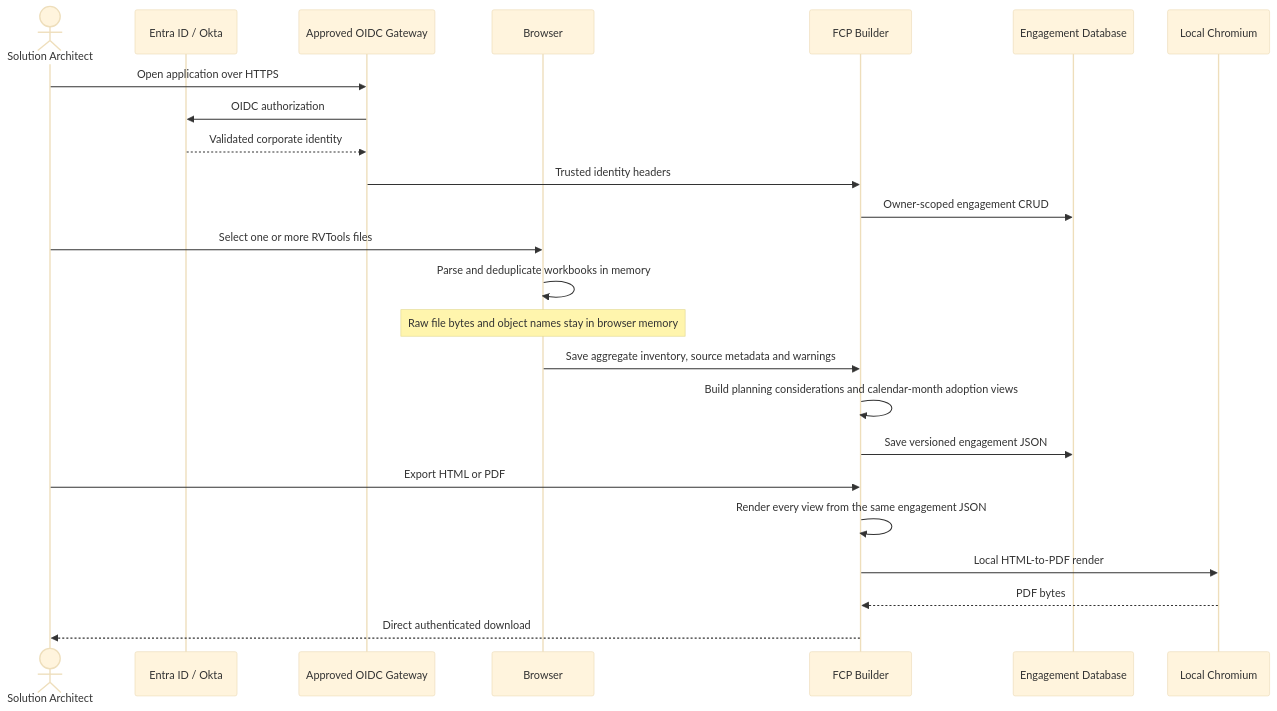
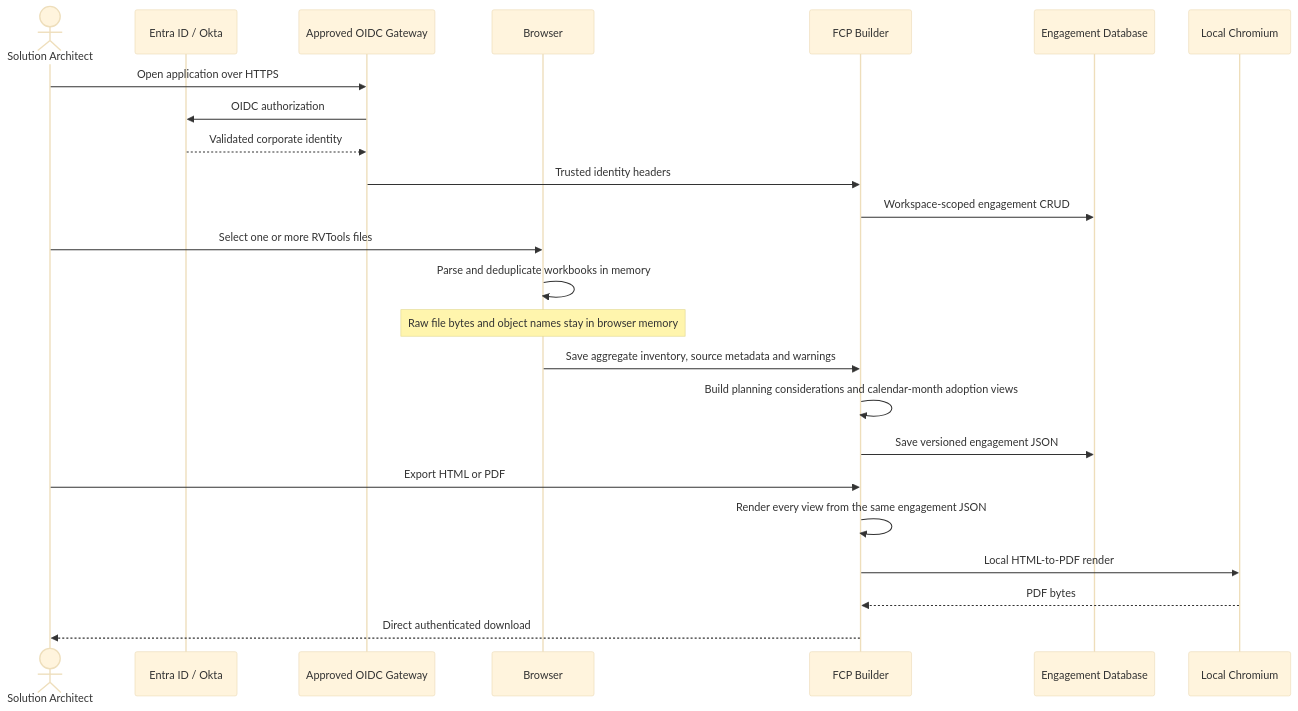
The second of 2 diagrams in docs/SECURITY-REVIEW.md (walkernetworks/fcp-builder-cdw), drawn with Mermaid (base theme) before and after one commit. The commit also changed other lines of this file and 23 other files, not shown here.

````diff
--- a/docs/SECURITY-REVIEW.md
+++ b/docs/SECURITY-REVIEW.md
@@ -26,27 +26,27 @@
 ```mermaid
 sequenceDiagram
   actor SA as Solution Architect
   participant IDP as Entra ID / Okta
   participant GW as Approved OIDC Gateway
   participant B as Browser
   participant APP as FCP Builder
   participant DB as Engagement Database
   participant CH as Local Chromium
 
   SA->>GW: Open application over HTTPS
   GW->>IDP: OIDC authorization
   IDP-->>GW: Validated corporate identity
   GW->>APP: Trusted identity headers
-  APP->>DB: Owner-scoped engagement CRUD
+  APP->>DB: Workspace-scoped engagement CRUD
   SA->>B: Select one or more RVTools files
   B->>B: Parse and deduplicate workbooks in memory
   Note over B: Raw file bytes and object names stay in browser memory
   B->>APP: Save aggregate inventory, source metadata and warnings
   APP->>APP: Build planning considerations and calendar-month adoption views
   APP->>DB: Save versioned engagement JSON
   SA->>APP: Export HTML or PDF
   APP->>APP: Render every view from the same engagement JSON
   APP->>CH: Local HTML-to-PDF render
   CH-->>APP: PDF bytes
   APP-->>SA: Direct authenticated download
 ```
````
